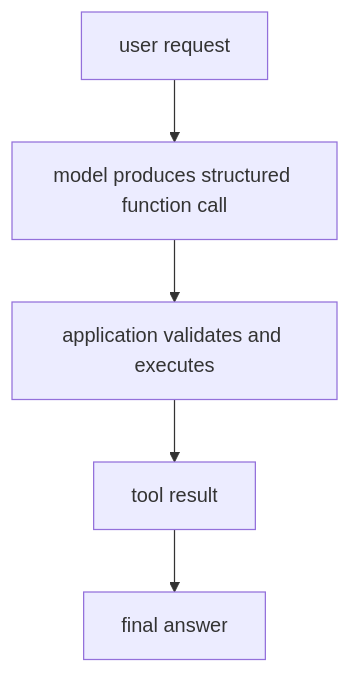
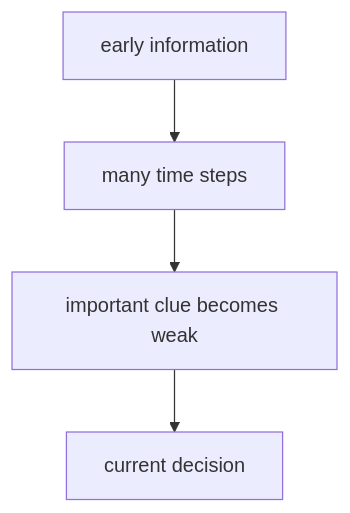
One commit to devchan64/AiBook changed the diagram in docs/parts/part-05/chapter-12/section-02.md. Above: the diagram before and after it, drawn with Mermaid. The commit also changed other lines of this file and 213 other files, not shown here.

````diff
--- a/docs/parts/part-05/chapter-12/section-02.md
+++ b/docs/parts/part-05/chapter-12/section-02.md
@@ -139,13 +186,11 @@
 ```mermaid
 flowchart TD
-  A["user request"]
-  B["model produces structured function call"]
-  C["application validates and executes"]
-  D["tool result"]
-  E["final answer"]
+  A["early information"]
+  B["many time steps"]
+  C["important clue becomes weak"]
+  D["current decision"]
 
   A --> B
   B --> C
   C --> D
-  D --> E
 ```
````
